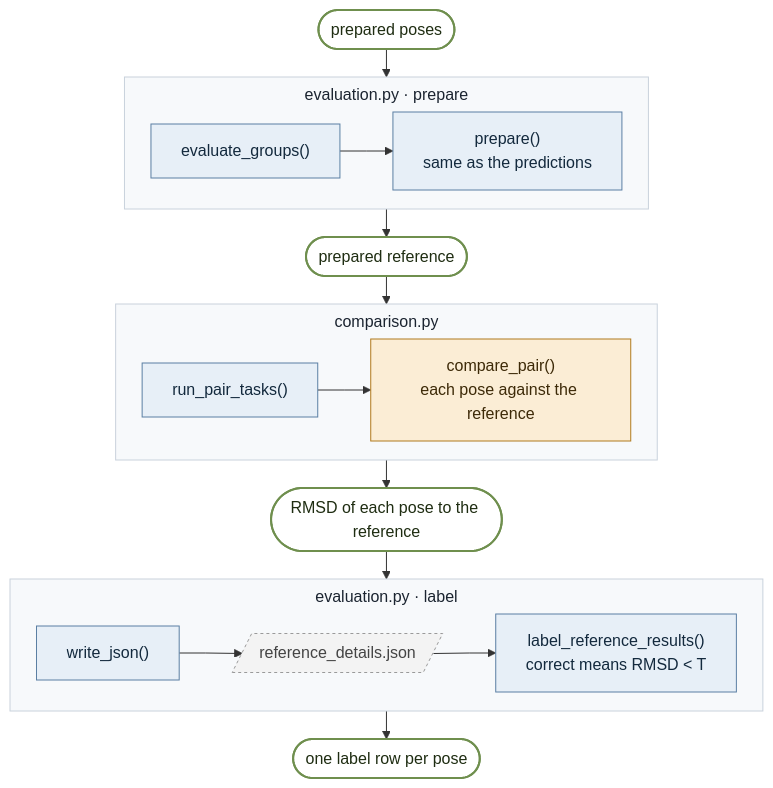
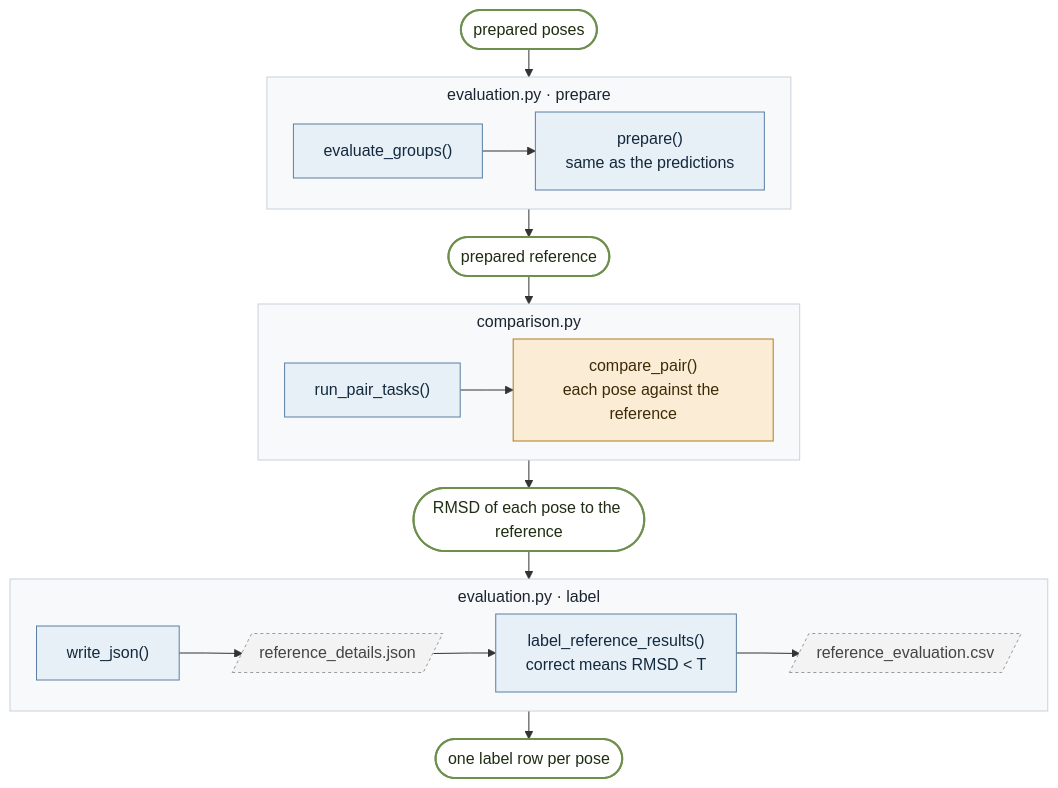
One commit to James-Broster/core-score changed the eighth of 9 diagrams in docs/code-map.md. Above: the diagram before and after it, drawn with Mermaid. The commit also changed other lines of this file and 5 other files, not shown here.

First line of the commit message:
Write only core_scores.csv at the top level

````diff
--- a/docs/code-map.md
+++ b/docs/code-map.md
@@ -348,33 +348,33 @@
 ```mermaid
 %%{init: {"flowchart": {"curve": "linear", "nodeSpacing": 18, "rankSpacing": 28, "subGraphTitleMargin": {"top": 6, "bottom": 10}}}}%%
 flowchart TB
     classDef fn fill:#e7eff7,stroke:#5b7fa3,color:#13293d
     classDef ost fill:#fbedd5,stroke:#b07a1e,color:#3d2a08
     classDef data fill:#ffffff,stroke:#6f8f4e,color:#1f2d12,stroke-width:2px
     classDef file fill:#f3f3f3,stroke:#9a9a9a,color:#444,stroke-dasharray:3 3
     classDef stage fill:#f7f9fb,stroke:#c9d2dc,color:#1b2430
 
     start(["prepared poses"]):::data
 
     subgraph E1["evaluation.py · prepare"]
         direction LR
         a1["evaluate_groups()"]:::fn --> a2["prepare()<br/>same as the predictions"]:::fn
     end
     d1(["prepared reference"]):::data
 
     subgraph E2["comparison.py"]
         direction LR
         b1["run_pair_tasks()"]:::fn --> b2["compare_pair()<br/>each pose against the reference"]:::ost
     end
     d2(["RMSD of each pose to the reference"]):::data
 
     subgraph E3["evaluation.py · label"]
         direction LR
-        c1["write_json()"]:::fn --> c2[/"reference_details.json"/]:::file --> c3["label_reference_results()<br/>correct means RMSD < T"]:::fn
+        c1["write_json()"]:::fn --> c2[/"reference_details.json"/]:::file --> c3["label_reference_results()<br/>correct means RMSD < T"]:::fn --> c4[/"reference_evaluation.csv"/]:::file
     end
     d3(["one label row per pose"]):::data
 
     start --> E1 --> d1 --> E2 --> d2 --> E3 --> d3
 
     class E1,E2,E3 stage
 ```
````
